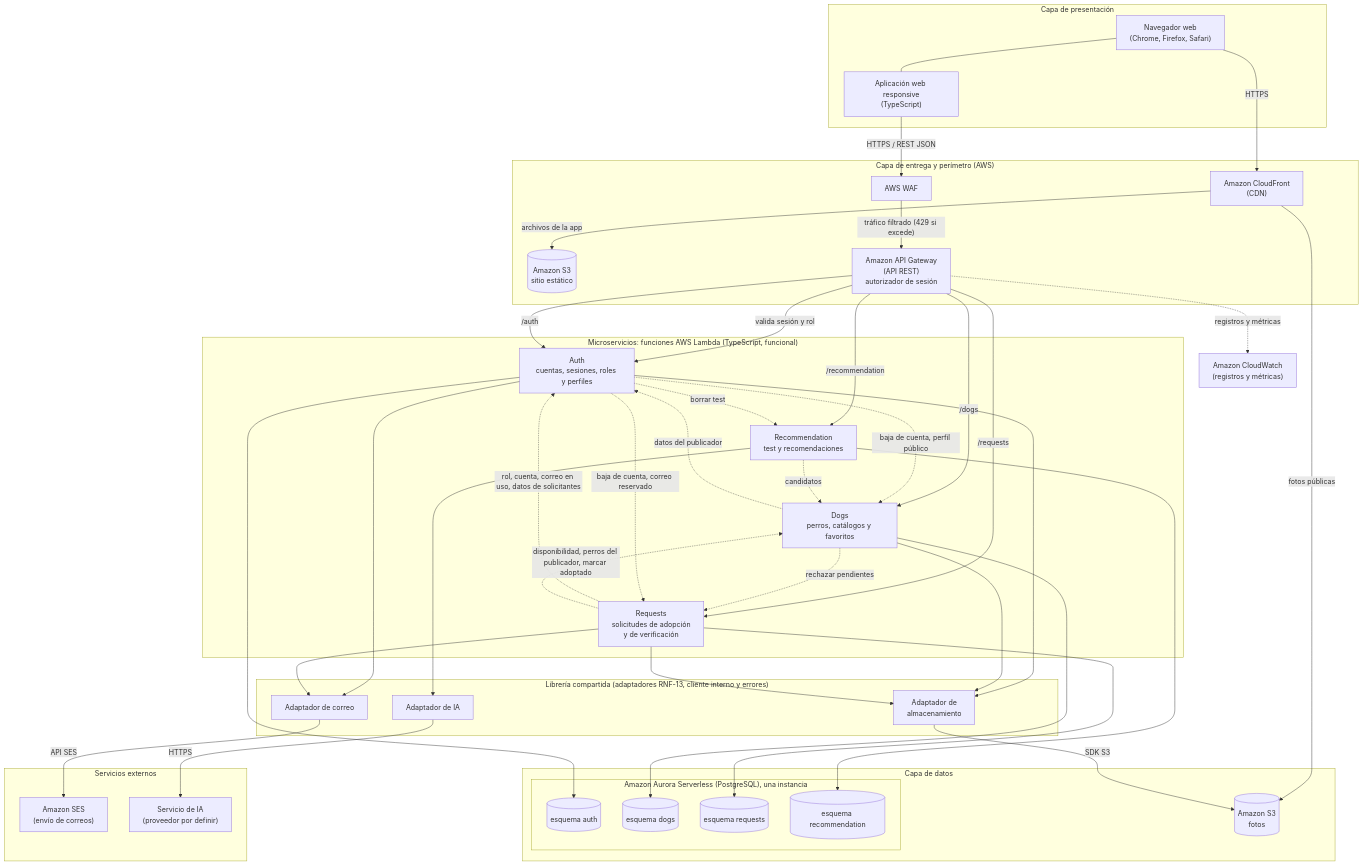
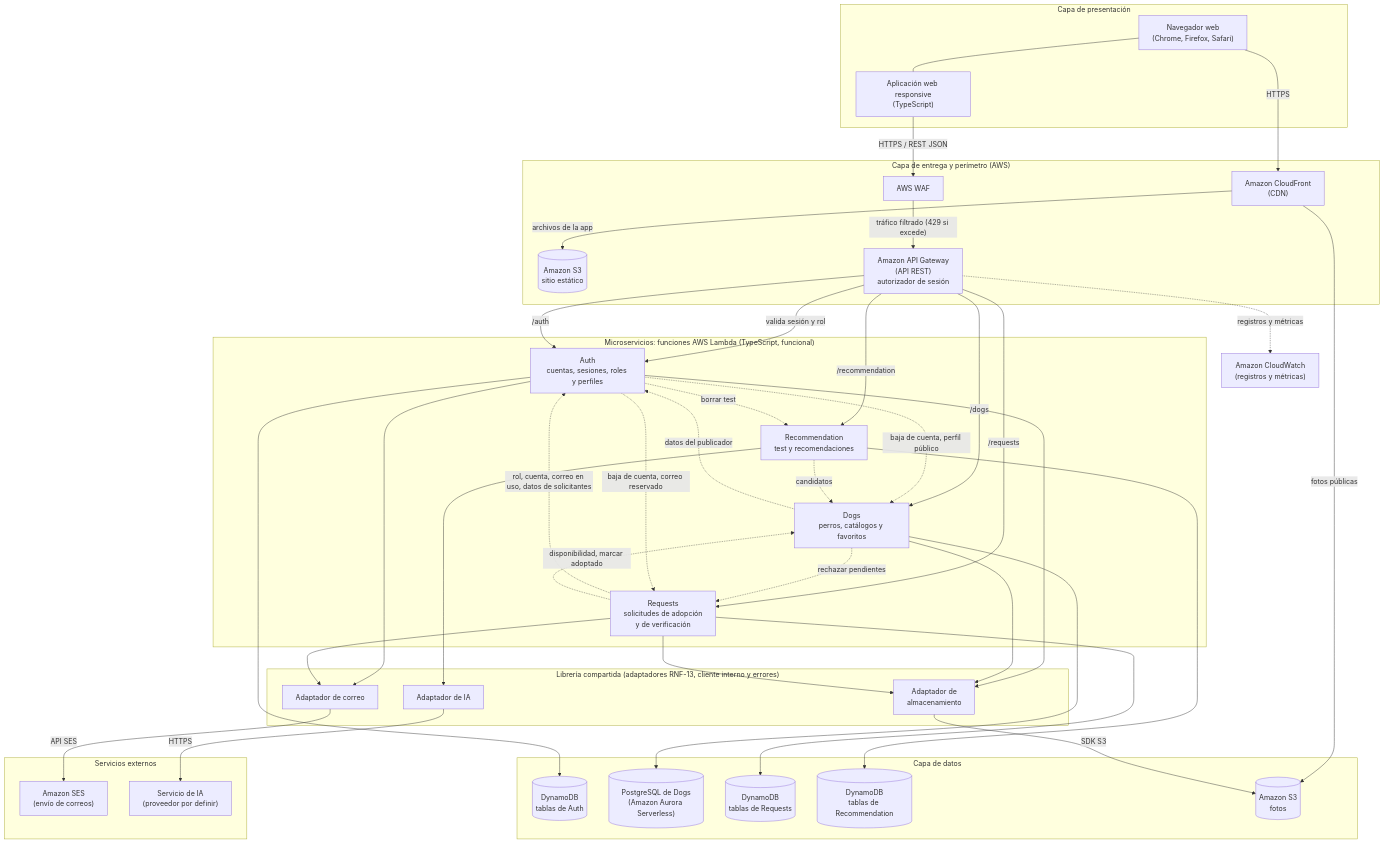
The diagram in agent/instruments/adog_ARCH.md (Magdala-Commitee-Corporation/adogtame-docs), drawn with Mermaid before and after one commit. The commit also changed other lines of this file and 5 other files, not shown here.

Commit message:
docs: update DB schema with MS specification

````diff
--- a/agent/instruments/adog_ARCH.md
+++ b/agent/instruments/adog_ARCH.md
@@ -31,81 +31,79 @@
 ```mermaid
 flowchart TB
     subgraph PRES["Capa de presentación"]
         NAV["Navegador web<br/>(Chrome, Firefox, Safari)"]
         WEB["Aplicación web responsive<br/>(TypeScript)"]
     end
 
     subgraph BORDE["Capa de entrega y perímetro (AWS)"]
         CF["Amazon CloudFront<br/>(CDN)"]
         S3W[("Amazon S3<br/>sitio estático")]
         WAF["AWS WAF"]
         APIGW["Amazon API Gateway<br/>(API REST)<br/>autorizador de sesión"]
     end
 
     subgraph NEG["Microservicios: funciones AWS Lambda (TypeScript, funcional)"]
         AUTH["Auth<br/>cuentas, sesiones, roles y perfiles"]
         DOGS["Dogs<br/>perros, catálogos y favoritos"]
         REQS["Requests<br/>solicitudes de adopción<br/>y de verificación"]
         REC["Recommendation<br/>test y recomendaciones"]
     end
 
     subgraph INT["Librería compartida (adaptadores RNF-13, cliente interno y errores)"]
         AIMG["Adaptador de<br/>almacenamiento"]
         ACOR["Adaptador de correo"]
         AIA["Adaptador de IA"]
     end
 
     subgraph DAT["Capa de datos"]
-        subgraph AUR["Amazon Aurora Serverless (PostgreSQL), una instancia"]
-            SAUTH[("esquema auth")]
-            SDOGS[("esquema dogs")]
-            SREQS[("esquema requests")]
-            SREC[("esquema recommendation")]
-        end
+        SAUTH[("DynamoDB<br/>tablas de Auth")]
+        SDOGS[("PostgreSQL de Dogs<br/>(Amazon Aurora Serverless)")]
+        SREQS[("DynamoDB<br/>tablas de Requests")]
+        SREC[("DynamoDB<br/>tablas de Recommendation")]
         S3F[("Amazon S3<br/>fotos")]
     end
 
     subgraph EXT["Servicios externos"]
         SES["Amazon SES<br/>(envío de correos)"]
         IA["Servicio de IA<br/>(proveedor por definir)"]
     end
 
     CW["Amazon CloudWatch<br/>(registros y métricas)"]
 
     NAV -->|HTTPS| CF
     CF -->|archivos de la app| S3W
     CF -->|fotos públicas| S3F
     NAV --- WEB
     WEB -->|HTTPS / REST JSON| WAF
     WAF -->|"tráfico filtrado (429 si excede)"| APIGW
     APIGW -->|valida sesión y rol| AUTH
     APIGW -->|/dogs| DOGS
     APIGW -->|/requests| REQS
     APIGW -->|/recommendation| REC
     APIGW -->|/auth| AUTH
 
     REQS -.->|rol, cuenta, correo en uso, datos de solicitantes| AUTH
-    REQS -.->|disponibilidad, perros del publicador, marcar adoptado| DOGS
+    REQS -.->|disponibilidad, marcar adoptado| DOGS
     DOGS -.->|rechazar pendientes| REQS
     DOGS -.->|datos del publicador| AUTH
     AUTH -.->|baja de cuenta, perfil público| DOGS
     AUTH -.->|baja de cuenta, correo reservado| REQS
     AUTH -.->|borrar test| REC
     REC -.->|candidatos| DOGS
 
     AUTH --> ACOR
     REQS --> ACOR
     AUTH --> AIMG
     DOGS --> AIMG
     REQS --> AIMG
     REC --> AIA
 
     AUTH --> SAUTH
     DOGS --> SDOGS
     REQS --> SREQS
     REC --> SREC
     AIMG -->|SDK S3| S3F
     ACOR -->|API SES| SES
     AIA -->|HTTPS| IA
     APIGW -.->|registros y métricas| CW
 ```
````
